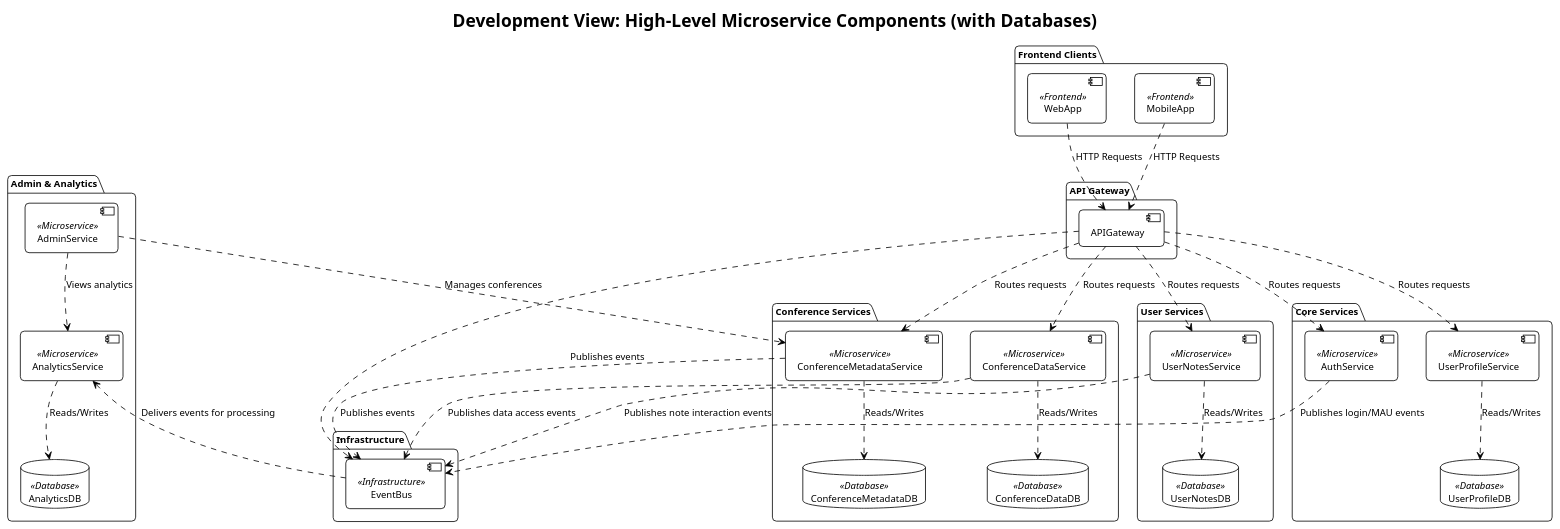
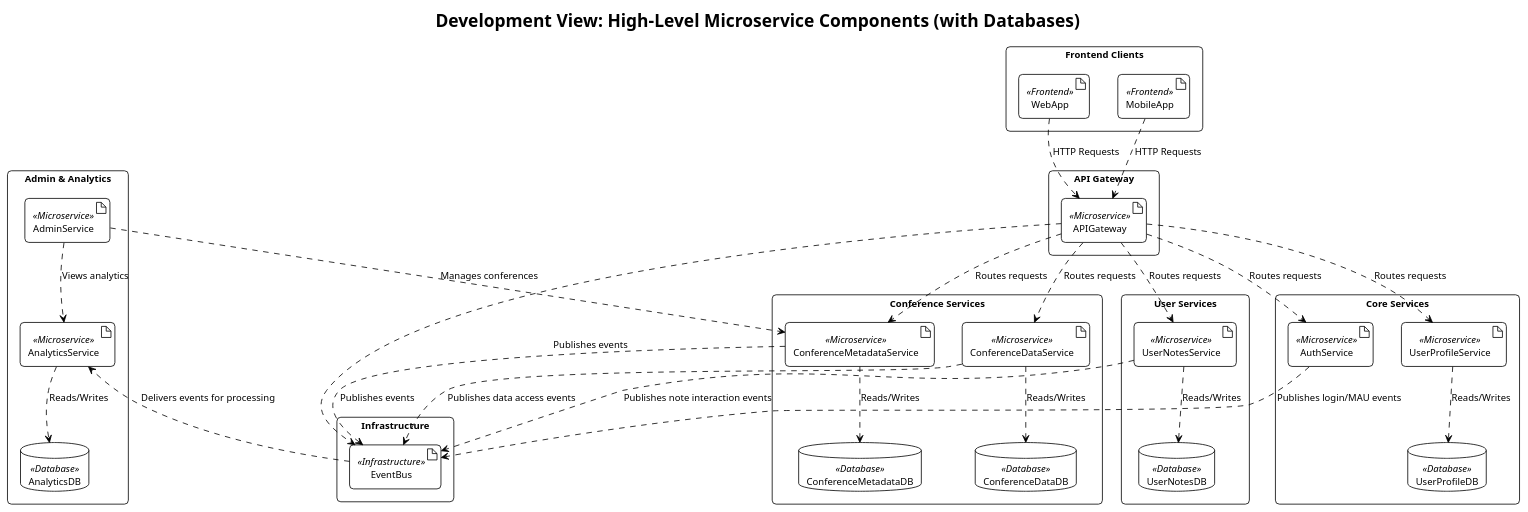
The diagram in development/development-highlevel-component-diagram.puml (Guillermode20/softarch2-uni-work), drawn with PlantUML before and after one commit. The commit also changed 5 other files, not shown here.

Commit message:
refactor: Update diagrams to use artifacts instead of components for clarity and consistency feat: Add physical cloud deployment and network topology diagrams for comprehensive architecture overview

```diff
--- a/development/development-highlevel-component-diagram.puml
+++ b/development/development-highlevel-component-diagram.puml
@@ -1,84 +1,83 @@
 @startuml DevelopmentHighLevelComponentDiagram
 !theme plain
 skinparam roundcorner 10
 skinparam shadowing false
-skinparam componentStyle uml2
 skinparam DefaultFontName "Arial"
 skinparam DefaultFontSize 12
 
 title Development View: High-Level Microservice Components (with Databases)
 
 ' ===== Frontend Clients =====
-package "Frontend Clients" {
-    component WebApp <<Frontend>>
-    component MobileApp <<Frontend>>
+rectangle "Frontend Clients" {
+    artifact WebApp <<Frontend>>
+    artifact MobileApp <<Frontend>>
 }
 
 ' ===== API Gateway =====
-package "API Gateway" {
-    component APIGateway
+rectangle "API Gateway" {
+    artifact APIGateway <<Microservice>>
 }
 
 ' ===== Core Services =====
-package "Core Services" {
-    component AuthService <<Microservice>>
-    component UserProfileService <<Microservice>>
+rectangle "Core Services" {
+    artifact AuthService <<Microservice>>
+    artifact UserProfileService <<Microservice>>
     database UserProfileDB <<Database>>
 }
 
 ' ===== Conference Services =====
-package "Conference Services" {
-    component ConferenceMetadataService <<Microservice>>
+rectangle "Conference Services" {
+    artifact ConferenceMetadataService <<Microservice>>
     database ConferenceMetadataDB <<Database>>
-    component ConferenceDataService <<Microservice>>
+    artifact ConferenceDataService <<Microservice>>
     database ConferenceDataDB <<Database>>
 }
 
 ' ===== User Services =====
-package "User Services" {
-    component UserNotesService <<Microservice>>
+rectangle "User Services" {
+    artifact UserNotesService <<Microservice>>
     database UserNotesDB <<Database>>
 }
 
 ' ===== Admin & Analytics =====
-package "Admin & Analytics" {
-    component AdminService <<Microservice>>
-    component AnalyticsService <<Microservice>>
+rectangle "Admin & Analytics" {
+    artifact AdminService <<Microservice>>
+    artifact AnalyticsService <<Microservice>>
     database AnalyticsDB <<Database>>
 }
 
 ' ===== Infrastructure =====
-package "Infrastructure" {
-    component EventBus <<Infrastructure>>
+rectangle "Infrastructure" {
+    artifact EventBus <<Infrastructure>>
 }
 
 ' ===== Dependencies =====
 
 WebApp ..> APIGateway : HTTP Requests
 MobileApp ..> APIGateway : HTTP Requests
 
 APIGateway ..> AuthService : Routes requests
 APIGateway ..> UserProfileService : Routes requests
 APIGateway ..> ConferenceMetadataService : Routes requests
 APIGateway ..> ConferenceDataService : Routes requests
 APIGateway ..> UserNotesService : Routes requests
 APIGateway ..> EventBus : Publishes events
 
 AdminService ..> ConferenceMetadataService : Manages conferences
 AdminService ..> AnalyticsService : Views analytics
 
 AuthService ..> EventBus : Publishes login/MAU events
 ConferenceMetadataService ..> EventBus : Publishes events
 ConferenceDataService ..> EventBus : Publishes data access events
 UserNotesService ..> EventBus : Publishes note interaction events
 
 EventBus ..> AnalyticsService : Delivers events for processing
 
 ' ===== Database Connections =====
 UserProfileService ..> UserProfileDB : Reads/Writes
 ConferenceMetadataService ..> ConferenceMetadataDB : Reads/Writes
 ConferenceDataService ..> ConferenceDataDB : Reads/Writes
 UserNotesService ..> UserNotesDB : Reads/Writes
 AnalyticsService ..> AnalyticsDB : Reads/Writes
 
 @enduml
```
